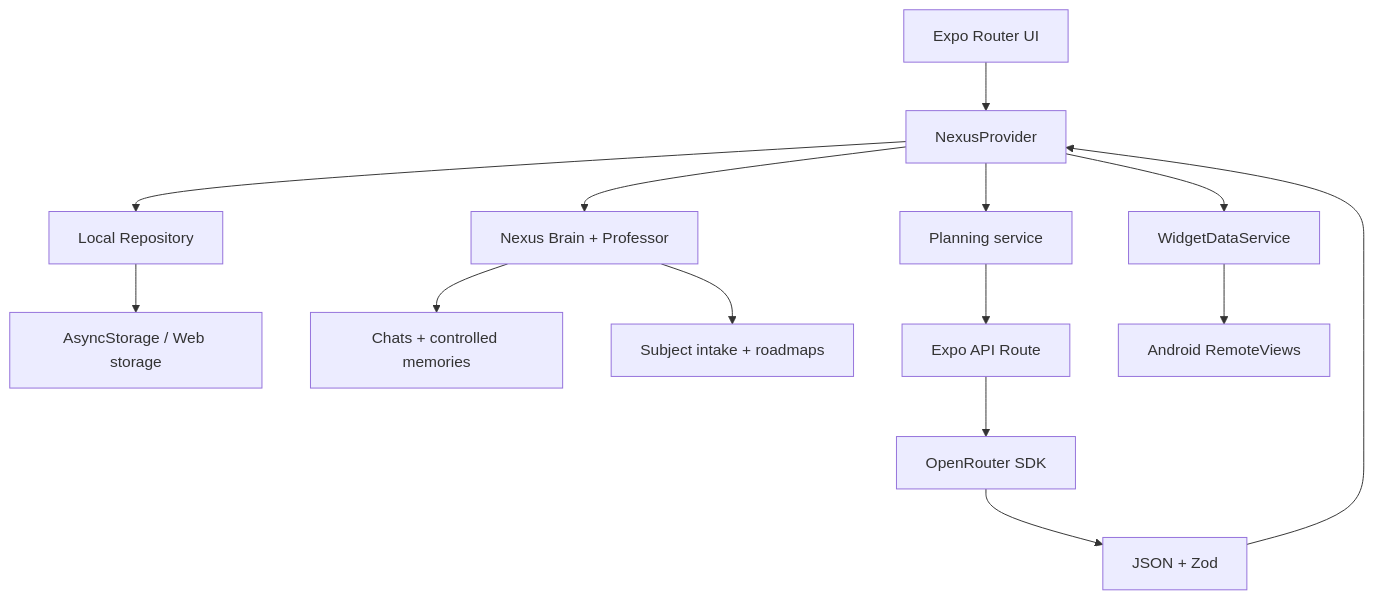
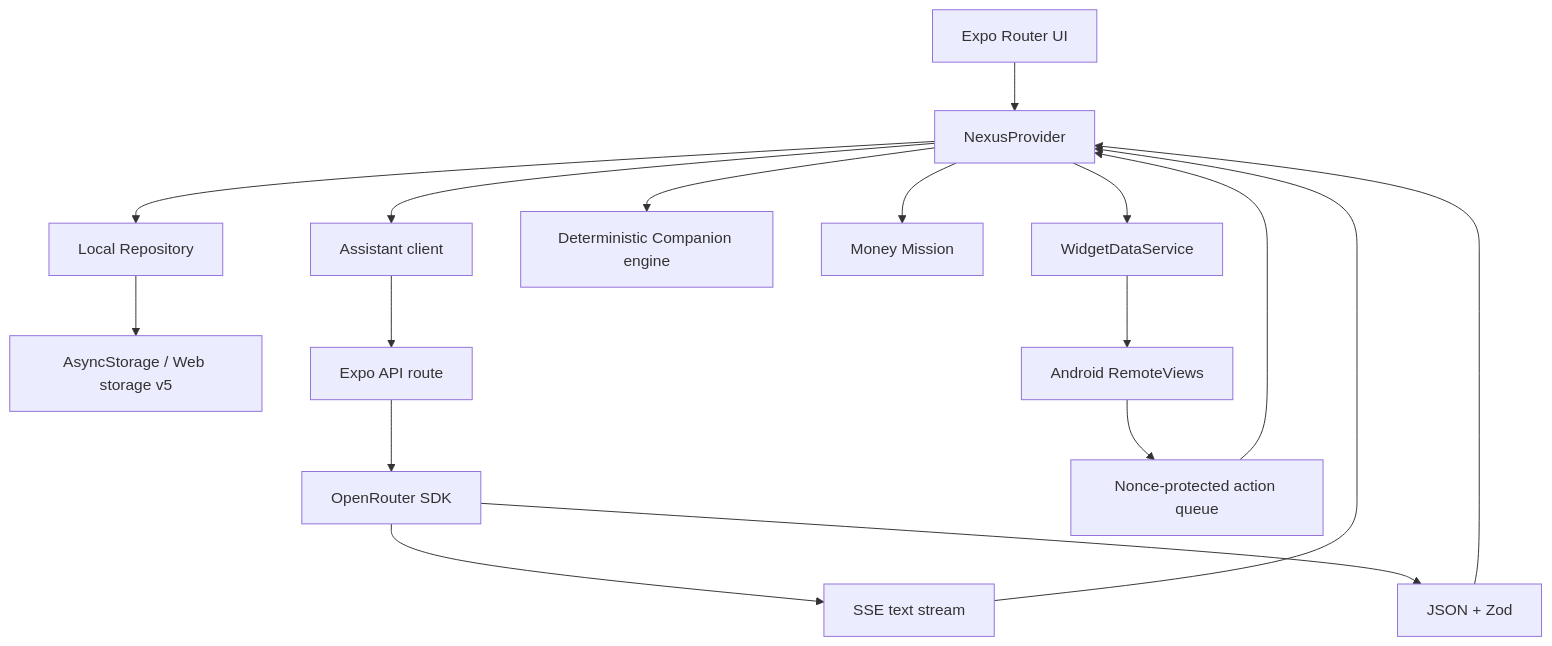
Before and after one commit to Guuh-dev/Nexus-AI-v2: the diagram in docs/ARCHITECTURE.md, drawn with Mermaid. The commit also changed other lines of this file and 58 other files, not shown here.

Commit message:
feat: release Nexus AI 2.2.0 Companion

````diff
--- a/docs/ARCHITECTURE.md
+++ b/docs/ARCHITECTURE.md
@@ -5,16 +5,19 @@
 ```mermaid
 flowchart TD
   UI[Expo Router UI] --> Store[NexusProvider]
   Store --> Repo[Local Repository]
-  Repo --> Storage[AsyncStorage / Web storage]
-  Store --> Client[Planning service]
-  Store --> Brain[Nexus Brain + Professor]
-  Brain --> Memory[Chats + controlled memories]
-  Brain --> Learning[Subject intake + roadmaps]
-  Client --> API[Expo API Route]
+  Repo --> Storage[AsyncStorage / Web storage v5]
+  Store --> Client[Assistant client]
+  Client --> API[Expo API route]
   API --> Router[OpenRouter SDK]
-  Router --> Zod[JSON + Zod]
-  Zod --> Store
+  Router --> Stream[SSE text stream]
+  Router --> Structured[JSON + Zod]
+  Stream --> Store
+  Structured --> Store
+  Store --> Companion[Deterministic Companion engine]
+  Store --> Finance[Money Mission]
   Store --> Bridge[WidgetDataService]
   Bridge --> Native[Android RemoteViews]
+  Native --> Queue[Nonce-protected action queue]
+  Queue --> Store
 ```
````
